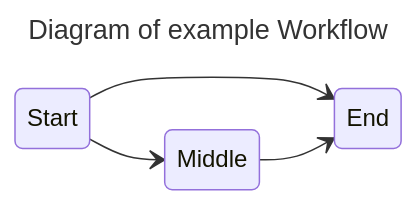
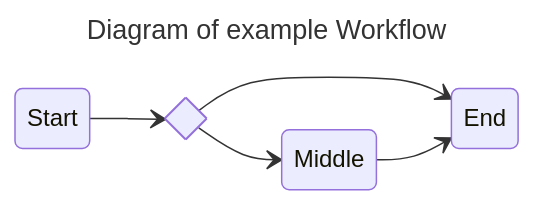
Before and after one commit to luno/workflow: the diagram in testdata/graph-visualisation.md, drawn with Mermaid. The commit also changed 1 other file, not shown here.

Commit message:
visualiser: Improve visualisation of branching

````diff
--- a/testdata/graph-visualisation.md
+++ b/testdata/graph-visualisation.md
@@ -1,16 +1,18 @@
 ```mermaid
 ---
 title: Diagram of example Workflow
 ---
 stateDiagram-v2
 	direction LR
 	
 	9: Start
 	10: Middle
 	11: End
-
 	
-	9-->10
-	9-->11
+    state if_state <<choice>>
+    9 --> if_state
+    if_state --> 10
+    if_state --> 11 
+	
 	10-->11
 ```
````
